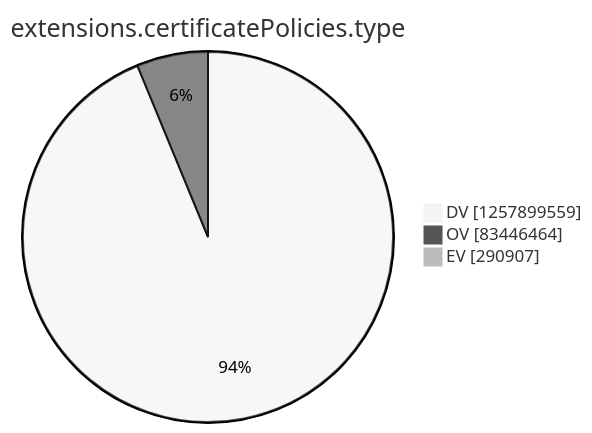
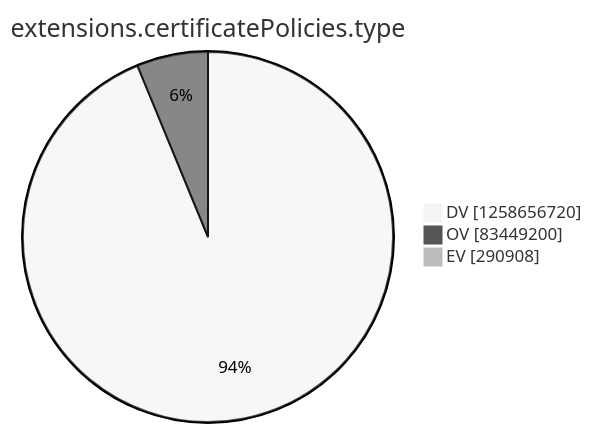
One commit to christiankrug/ctmonitor_visualization changed the tenth of 15 diagrams in argon2022/README.md. Above: the diagram before and after it, drawn with Mermaid (neutral theme). The commit also changed other lines of this file, not shown here.

````diff
--- a/argon2022/README.md
+++ b/argon2022/README.md
@@ -2771,7 +2771,7 @@
 ```mermaid
 pie showData
 title extensions.certificatePolicies.type
-"DV" :1257899559
-"OV" :83446464
-"EV" :290907
+"DV" :1258656720
+"OV" :83449200
+"EV" :290908
 ```
````
